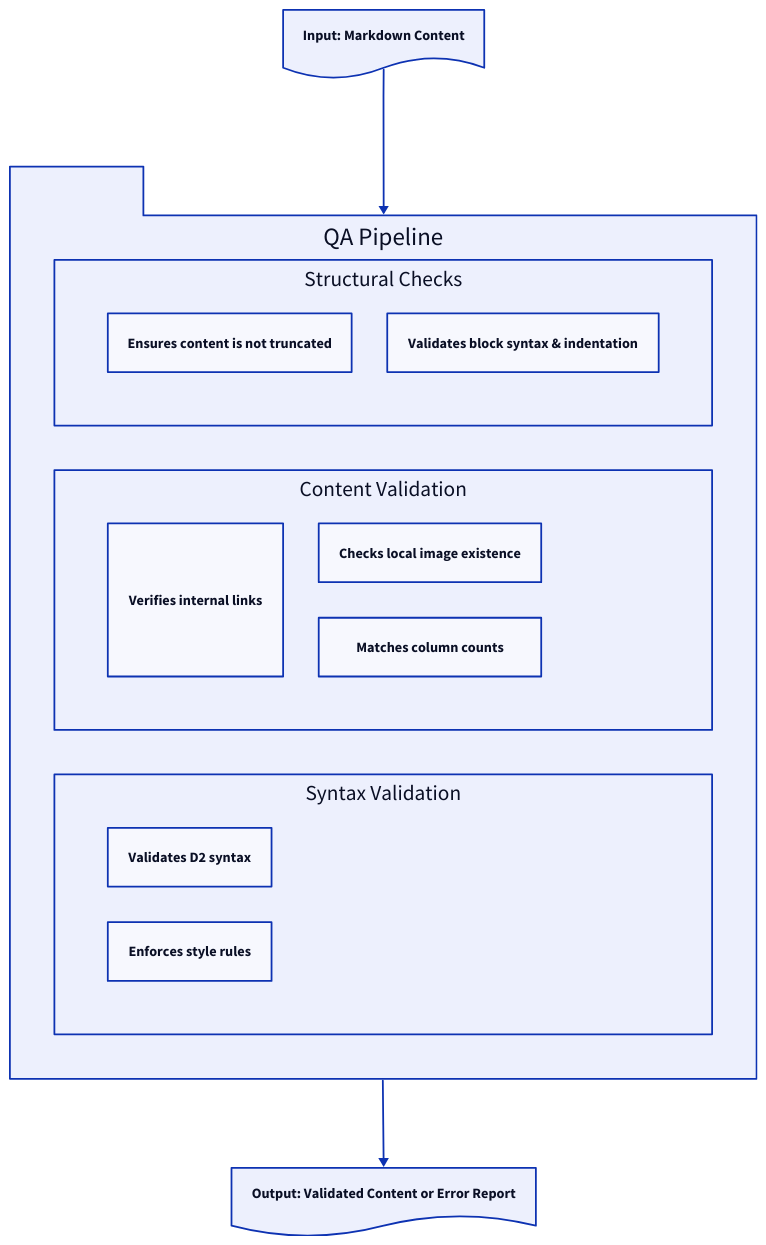
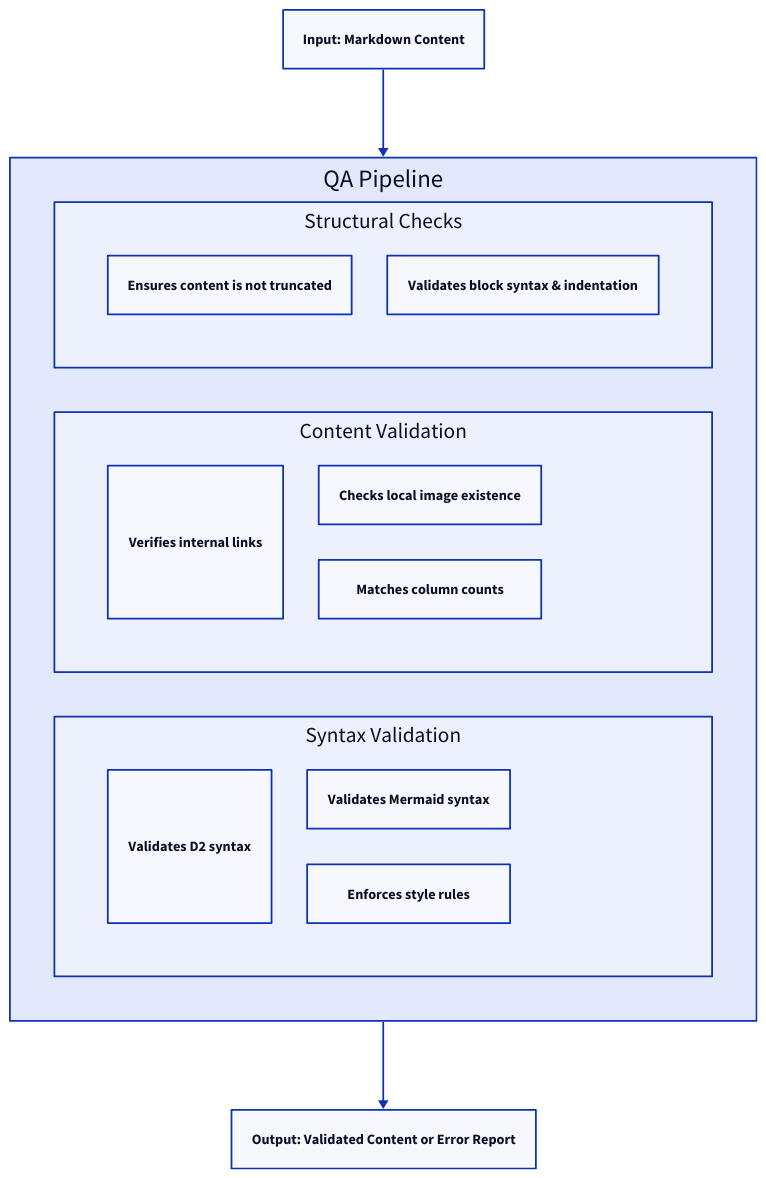
The diagram in docs/advanced-quality-assurance.md (AIGNE-io/aigne-doc-smith), drawn with D2 before and after one commit. The commit also changed other lines of this file and 35 other files, not shown here.

````diff
--- a/docs/advanced-quality-assurance.md
+++ b/docs/advanced-quality-assurance.md
@@ -7,42 +7,49 @@
 ```d2
 direction: down
 
-"Input: Markdown Content": {
-  shape: document
+Input-Markdown-Content: {
+  label: "Input: Markdown Content"
+  shape: rectangle
 }
 
-"QA Pipeline": {
-  shape: package
+QA-Pipeline: {
+  label: "QA Pipeline"
+  shape: rectangle
   grid-columns: 1
   grid-gap: 50
 
-  "Structural Checks": {
+  Structural-Checks: {
+    label: "Structural Checks"
     shape: rectangle
     grid-columns: 2
-    "Completeness": "Ensures content is not truncated"
-    "Code Blocks": "Validates block syntax & indentation"
+    Completeness: "Ensures content is not truncated"
+    Code-Blocks: "Validates block syntax & indentation"
   }
 
-  "Content Validation": {
+  Content-Validation: {
+    label: "Content Validation"
     shape: rectangle
     grid-columns: 2
-    "Link Integrity": "Verifies internal links"
-    "Image Paths": "Checks local image existence"
-    "Table Formatting": "Matches column counts"
+    Link-Integrity: "Verifies internal links"
+    Image-Paths: "Checks local image existence"
+    Table-Formatting: "Matches column counts"
   }
 
-  "Syntax Validation": {
+  Syntax-Validation: {
+    label: "Syntax Validation"
     shape: rectangle
-    grid-columns: 1
-    "D2 Diagrams": "Validates D2 syntax"
-    "Markdown Linting": "Enforces style rules"
+    grid-columns: 2
+    D2-Diagrams: "Validates D2 syntax"
+    Mermaid-Diagrams: "Validates Mermaid syntax"
+    Markdown-Linting: "Enforces style rules"
   }
 }
 
-"Output: Validated Content or Error Report": {
-  shape: document
+Output-Validated-Content-or-Error-Report: {
+  label: "Output: Validated Content or Error Report"
+  shape: rectangle
 }
 
-"Input: Markdown Content" -> "QA Pipeline"
-"QA Pipeline" -> "Output: Validated Content or Error Report"
+Input-Markdown-Content -> QA-Pipeline
+QA-Pipeline -> Output-Validated-Content-or-Error-Report
 ```
````
